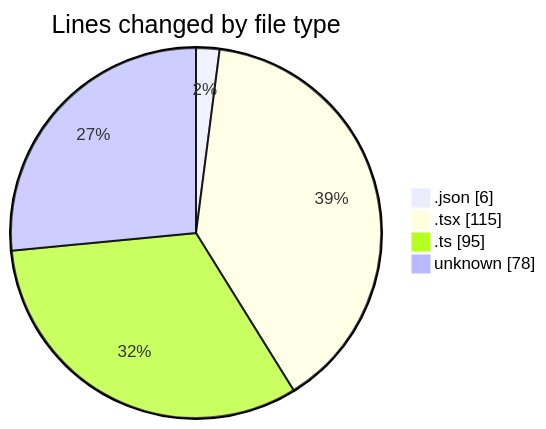
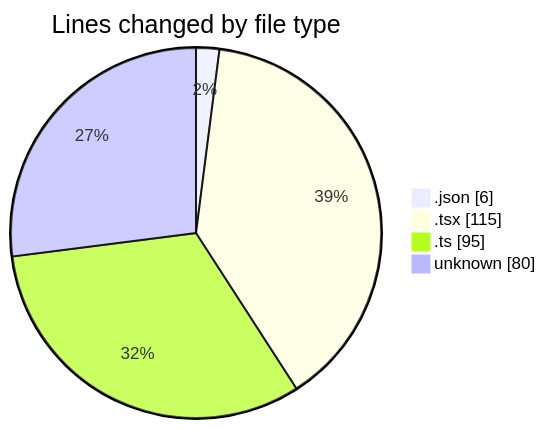
Before and after one commit to julien-gomy/code-tracking: the first of 2 diagrams in 2025-10-29/eventscop-frontend-guide__workspace_/README.md, drawn with Mermaid. The commit also changed other lines of this file and 1 other file, not shown here.

````diff
--- a/2025-10-29/eventscop-frontend-guide__workspace_/README.md
+++ b/2025-10-29/eventscop-frontend-guide__workspace_/README.md
@@ -29,8 +29,8 @@
 ```mermaid
 pie showData
 title Lines changed by file type
 ".json" : 6
 ".tsx" : 115
 ".ts" : 95
-"unknown" : 78
+"unknown" : 80
 ```
````
